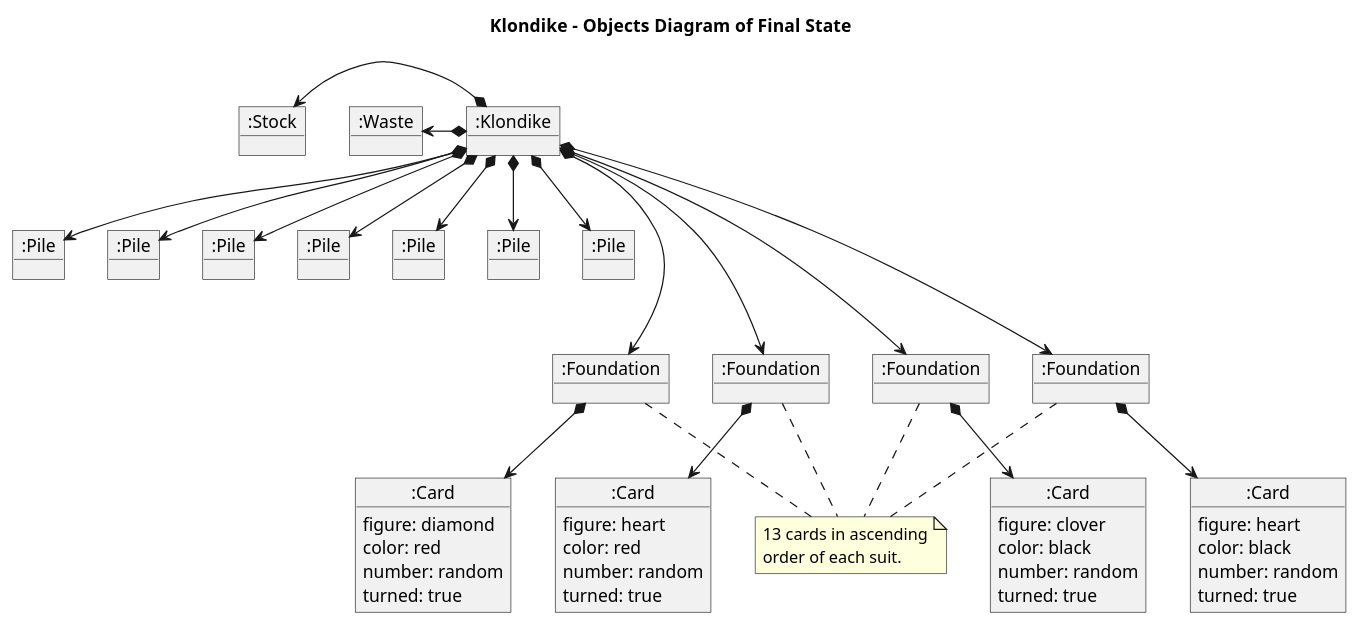
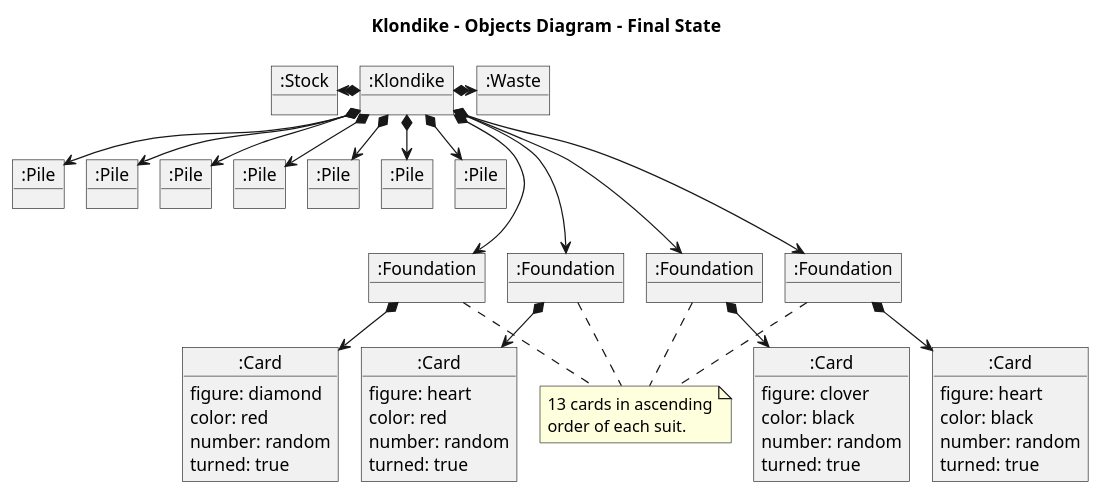
The diagram in 1 Modelo de Dominio/02_Diagrama de objetos estado final.plantuml (AngelOS95P/Maestria_IngSoftware_grupo6), drawn with PlantUML before and after one commit. The commit also changed 11 other files, not shown here.

```diff
--- a/1 Modelo de Dominio/02_Diagrama de objetos estado final.plantuml
+++ b/1 Modelo de Dominio/02_Diagrama de objetos estado final.plantuml
@@ -2,72 +2,73 @@
 @startuml ObjectDiagramFinalState
-title Klondike  - Objects Diagram of Final State
+title Klondike  - Objects Diagram - Final State
+!pragma layout smetana
 
 object ":Klondike" as Klondike
 object ":Waste" as Waste
 object ":Stock" as Stock
 object ":Pile" as Pile3
 object ":Pile" as Pile4
 object ":Pile" as Pile5
 object ":Pile" as Pile6
 object ":Pile" as Pile7
 object ":Pile" as Pile8
 object ":Pile" as Pile9
 object ":Foundation" as Foundation1
 object ":Foundation" as Foundation2
 object ":Foundation" as Foundation3
 object ":Foundation" as Foundation4
 
 object ":Card" as Card1 {
     figure: diamond
     color: red
     number: random
     turned: true
 }
 object ":Card" as Card2 {
     figure: heart
     color: red
     number: random
     turned: true
 }
 
 object ":Card" as Card3 {
     figure: clover
     color: black
     number: random
     turned: true
 }
 
 object ":Card" as Card4 {
     figure: heart
     color: black
     number: random
     turned: true
 }
 
 Klondike *-down--> Foundation1
 Klondike *-down--> Foundation2
 Klondike *-down--> Foundation3
 Klondike *-down--> Foundation4
 Klondike *-left-> Stock
-Klondike *-left-> Waste
+Klondike *-right-> Waste
 
 note  "13 cards in ascending\norder of each suit." as FNote
 Foundation1 .down. FNote
 Foundation2 .down. FNote
 Foundation3 .down. FNote
 Foundation4 .down. FNote
 
 Foundation1 *-down-> Card1
 Foundation2 *-down-> Card2
 Foundation3 *-down-> Card3
 Foundation4 *-down-> Card4
 
 Klondike *--> Pile3
 Klondike *--> Pile4
 Klondike *--> Pile5
 Klondike *--> Pile6
 Klondike *--> Pile7
 Klondike *--> Pile8
 Klondike *--> Pile9
 
 @enduml
```
